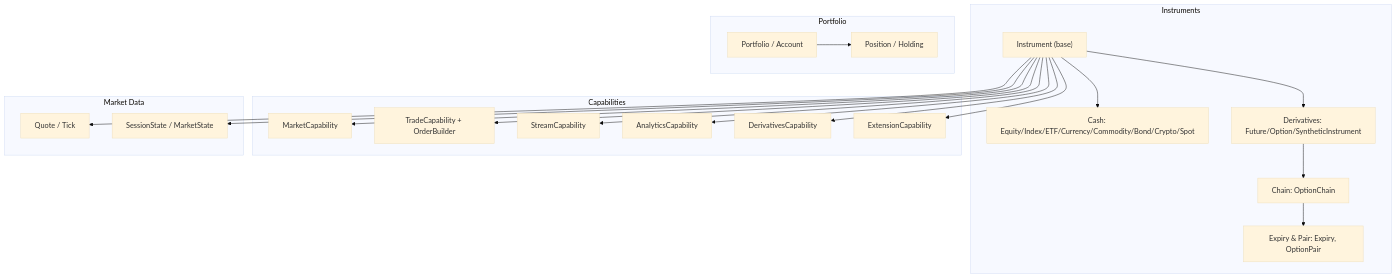
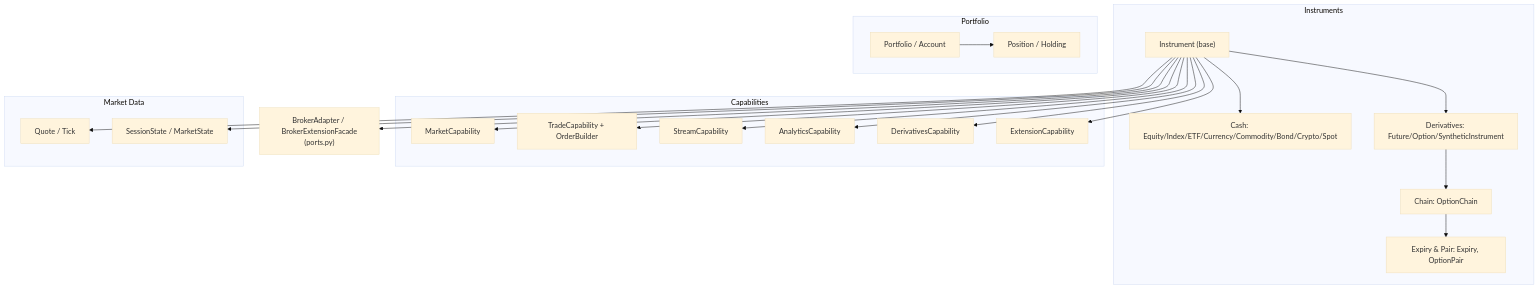
Before and after one commit to Ganesh-Kusundal/nTrade: the first of 8 diagrams in .qoder/repowiki/en/content/Architecture Overview/Domain Model Hierarchy/Domain Model Hierarchy.md, drawn with Mermaid (base theme). The commit also changed other lines of this file and 2201 other files, not shown here.

Commit message:
Integrate completeness: live runner hardening, broker adapter layers, rate-limiting infrastructure, data pipeline (parquet OHLCV + ingestion scripts), contract testing framework, options analytics, and updated architecture/knowledge docs

````diff
--- a/.qoder/repowiki/en/content/Architecture Overview/Domain Model Hierarchy/Domain Model Hierarchy.md
+++ b/.qoder/repowiki/en/content/Architecture Overview/Domain Model Hierarchy/Domain Model Hierarchy.md
@@ -37,39 +37,41 @@
 ```mermaid
 graph TB
 subgraph "Instruments"
 A["Instrument (base)"]
 B["Cash: Equity/Index/ETF/Currency/Commodity/Bond/Crypto/Spot"]
 C["Derivatives: Future/Option/SyntheticInstrument"]
 D["Chain: OptionChain"]
 E["Expiry & Pair: Expiry, OptionPair"]
 end
 subgraph "Capabilities"
 F["MarketCapability"]
 G["TradeCapability + OrderBuilder"]
 H["StreamCapability"]
 I["AnalyticsCapability"]
 J["DerivativesCapability"]
 K["ExtensionCapability"]
 end
 subgraph "Market Data"
 L["Quote / Tick"]
 M["SessionState / MarketState"]
 end
 subgraph "Portfolio"
 N["Position / Holding"]
 O["Portfolio / Account"]
 end
 A --> B
 A --> C
 C --> D
 D --> E
 A --> F
 A --> G
 A --> H
 A --> I
 A --> J
 A --> K
 A --> L
 A --> M
 O --> N
+P["BrokerAdapter / BrokerExtensionFacade<br/>(ports.py)"]
+A --> P
 ```
````
